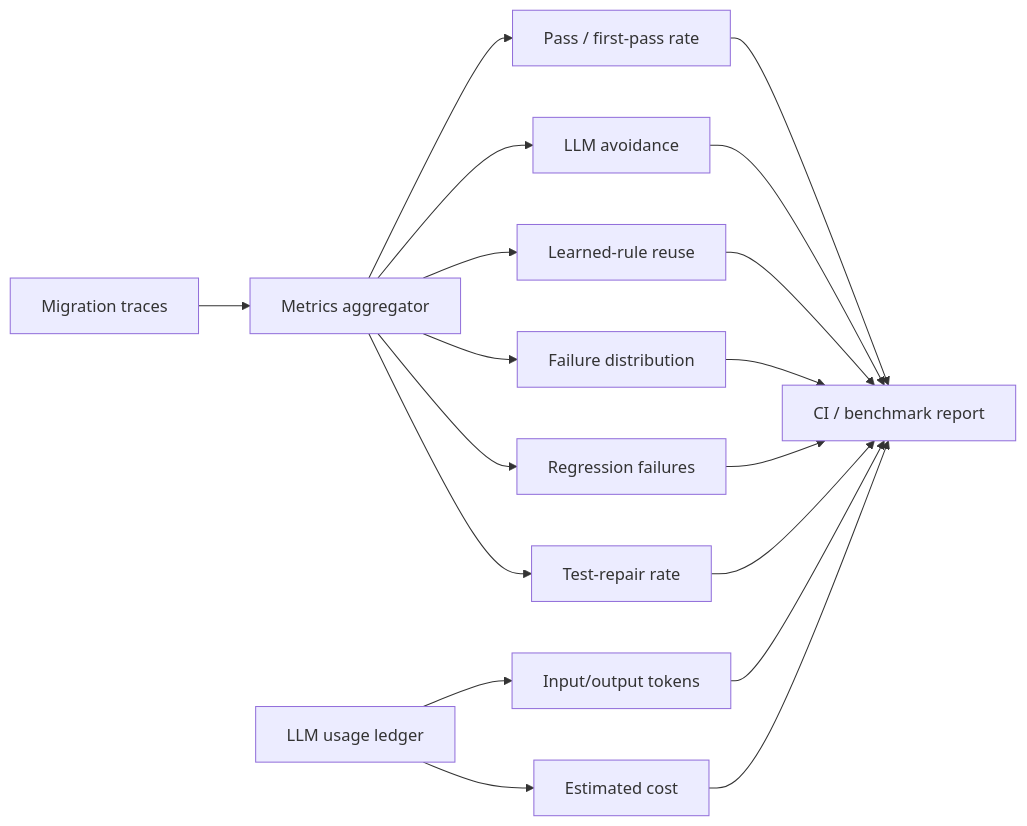
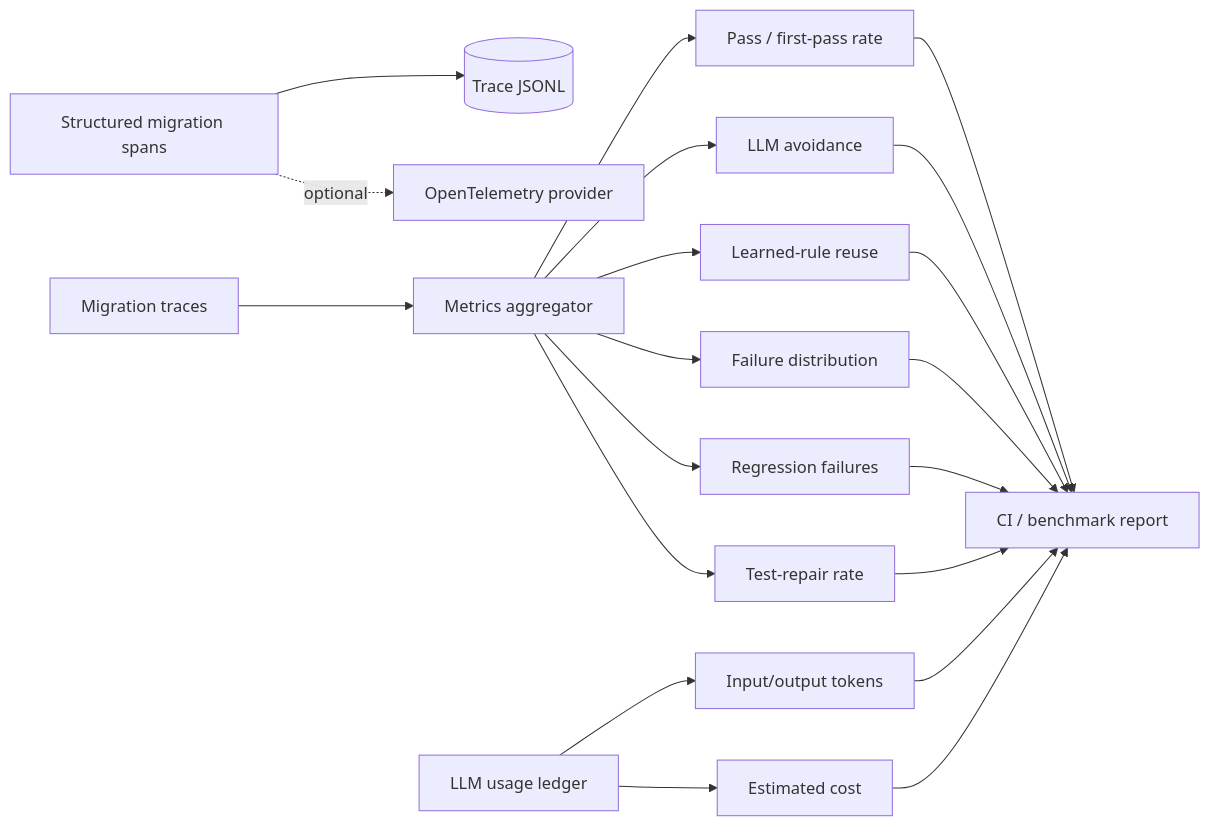
One commit to cagataykavas/agentic-migrator changed the fourth of 4 diagrams in SHOWCASE.md. Above: the diagram before and after it, drawn with Mermaid. The commit also changed other lines of this file, not shown here.

````diff
--- a/SHOWCASE.md
+++ b/SHOWCASE.md
@@ -61,20 +116,22 @@
 ```mermaid
 flowchart LR
+    SPAN[Structured migration spans] --> JSONL[(Trace JSONL)]
+    SPAN -. optional .-> OTEL[OpenTelemetry provider]
     TRACE[Migration traces] --> AGG[Metrics aggregator]
     AGG --> PASS[Pass / first-pass rate]
     AGG --> LLM[LLM avoidance]
     AGG --> REUSE[Learned-rule reuse]
     AGG --> FAIL[Failure distribution]
     AGG --> REG[Regression failures]
     AGG --> TEST[Test-repair rate]
     COST[LLM usage ledger] --> TOK[Input/output tokens]
     COST --> USD[Estimated cost]
     PASS --> REPORT[CI / benchmark report]
     LLM --> REPORT
     REUSE --> REPORT
     FAIL --> REPORT
     REG --> REPORT
     TEST --> REPORT
     TOK --> REPORT
     USD --> REPORT
 ```
````
